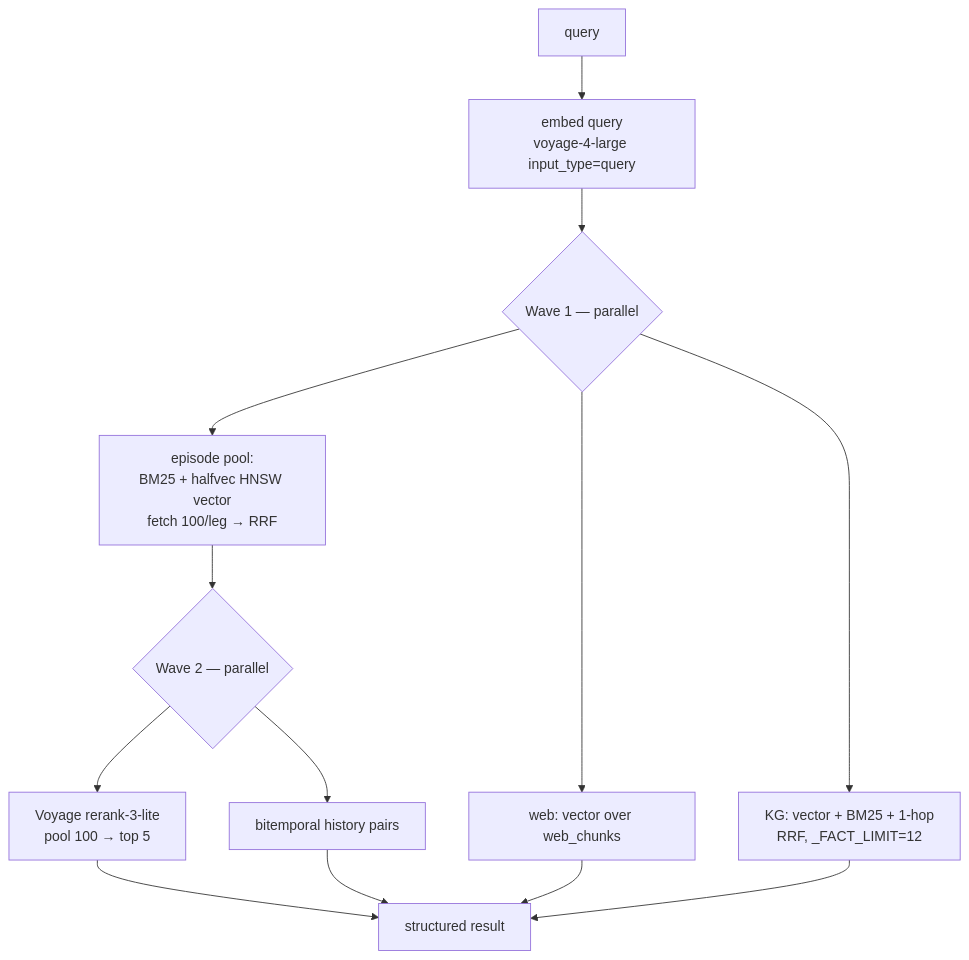
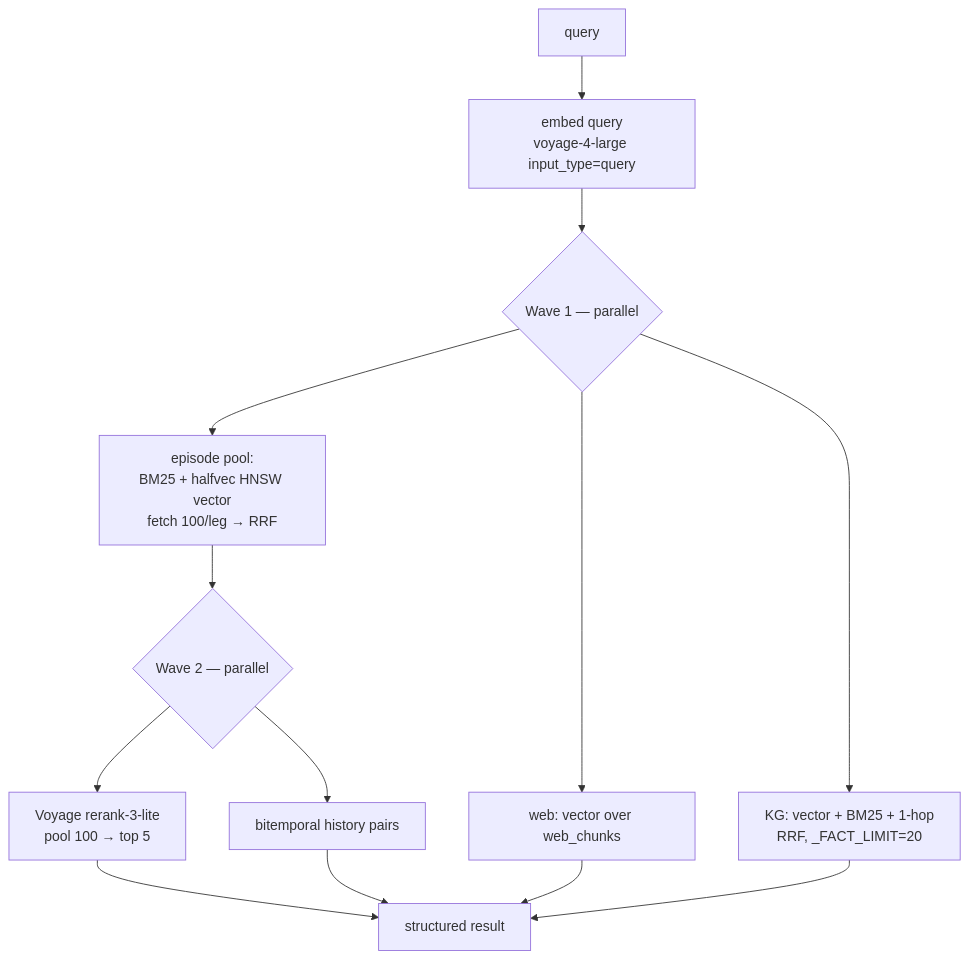
The fourth of 4 diagrams in ARCHITECTURE.md (kraft87/synapse), drawn with Mermaid before and after one commit. The commit also changed other lines of this file and 123 other files, not shown here.

Commit message:
one memory: the personal and technical KG piles become one per owner (schema 067) (#250)

````diff
--- a/ARCHITECTURE.md
+++ b/ARCHITECTURE.md
@@ -431,15 +433,15 @@
 ```mermaid
 flowchart TD
     Q[query] --> EMB[embed query\nvoyage-4-large input_type=query]
     EMB --> W1{Wave 1 — parallel}
     W1 --> EP[episode pool:\nBM25 + halfvec HNSW vector\nfetch 100/leg → RRF]
     W1 --> WEB[web: vector over web_chunks]
-    W1 --> KG[KG: vector + BM25 + 1-hop\nRRF, _FACT_LIMIT=12]
+    W1 --> KG[KG: vector + BM25 + 1-hop\nRRF, _FACT_LIMIT=20]
     EP --> W2{Wave 2 — parallel}
     W2 --> RR[Voyage rerank-3-lite\npool 100 → top 5]
     W2 --> HIST[bitemporal history pairs]
     RR --> OUT[structured result]
     KG --> OUT
     WEB --> OUT
     HIST --> OUT
 ```
````
